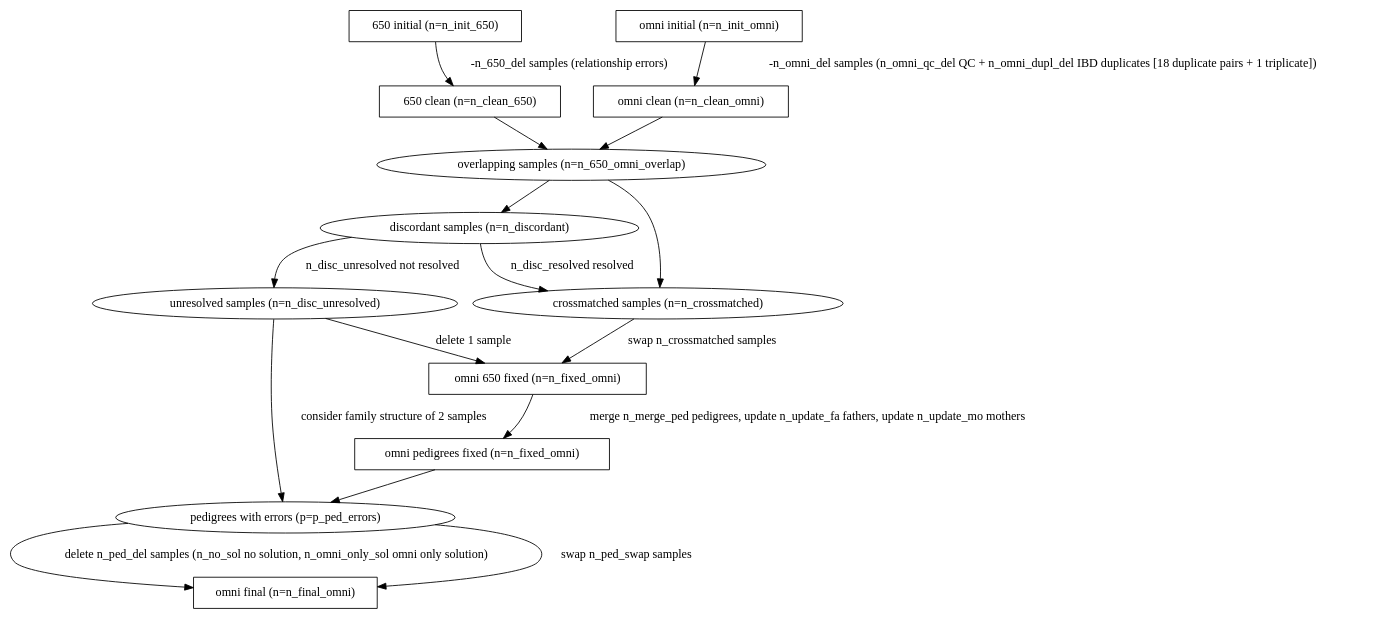
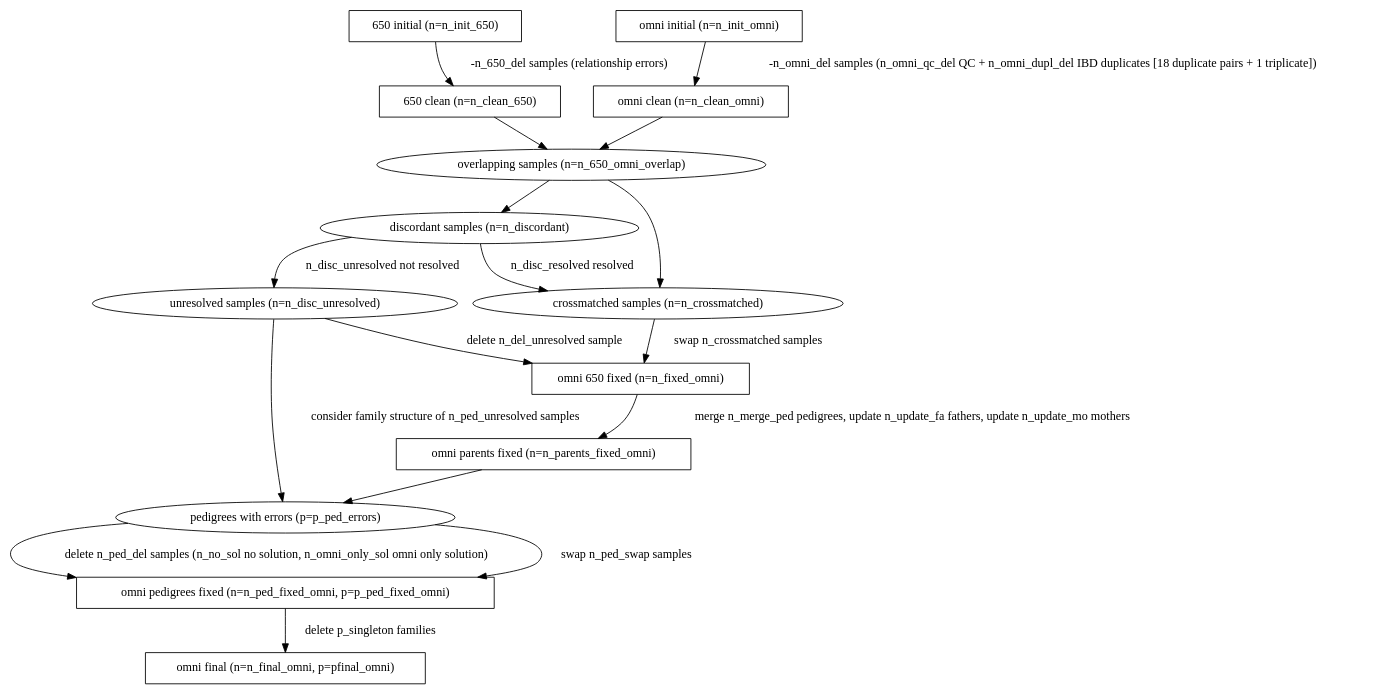
One commit to TOPMed-BAGS/sample_identity changed the diagram in doc/flow.dot. Above: the diagram before and after it, drawn with Graphviz. The commit also changed 1 other file, not shown here.

Commit message:
Comitting changes so as to show how many singleton families are removed

```diff
--- a/doc/flow.dot
+++ b/doc/flow.dot
@@ -1,32 +1,34 @@
 #!dot
 digraph {
-    INIT_SIX   [label="650 initial (n=n_init_650)", shape=box]
-    INIT_OMNI  [label="omni initial (n=n_init_omni)", shape=box]
-    CLEAN_SIX  [label="650 clean (n=n_clean_650)", shape=box]
-    CLEAN_OMNI [label="omni clean (n=n_clean_omni)", shape=box]
-    OVERLAP    [label="overlapping samples (n=n_650_omni_overlap)"]
-    DISCORDANT [label="discordant samples (n=n_discordant)"]
-    CROSSMATCH [label="crossmatched samples (n=n_crossmatched)"]
-    UNRESOLVED [label="unresolved samples (n=n_disc_unresolved)"]
-    FIXED_OMNI [label="omni 650 fixed (n=n_fixed_omni)", shape=box]
-    PED_FIXED_OMNI [label="omni pedigrees fixed (n=n_fixed_omni)", shape=box]
+    INIT_SIX       [label="650 initial (n=n_init_650)", shape=box]
+    INIT_OMNI      [label="omni initial (n=n_init_omni)", shape=box]
+    CLEAN_SIX      [label="650 clean (n=n_clean_650)", shape=box]
+    CLEAN_OMNI     [label="omni clean (n=n_clean_omni)", shape=box]
+    OVERLAP        [label="overlapping samples (n=n_650_omni_overlap)"]
+    DISCORDANT     [label="discordant samples (n=n_discordant)"]
+    CROSSMATCH     [label="crossmatched samples (n=n_crossmatched)"]
+    UNRESOLVED     [label="unresolved samples (n=n_disc_unresolved)"]
+    FIXED_OMNI     [label="omni 650 fixed (n=n_fixed_omni)", shape=box]
+    PAR_FIXED_OMNI [label="omni parents fixed (n=n_parents_fixed_omni)", shape=box]
     PED_ERRORS [label="pedigrees with errors (p=p_ped_errors)"]
-    FINAL_OMNI [label="omni final (n=n_final_omni)", shape=box]
+    PED_FIXED_OMNI [label="omni pedigrees fixed (n=n_ped_fixed_omni, p=p_ped_fixed_omni)", shape=box]
+    FINAL_OMNI     [label="omni final (n=n_final_omni, p=pfinal_omni)", shape=box]
 
     INIT_SIX       -> CLEAN_SIX [label=" -n_650_del samples (relationship errors)"];
     INIT_OMNI      -> CLEAN_OMNI [label=" -n_omni_del samples (n_omni_qc_del QC + n_omni_dupl_del IBD duplicates [18 duplicate pairs + 1 triplicate])"];
     CLEAN_SIX      -> OVERLAP;
     CLEAN_OMNI     -> OVERLAP;
     OVERLAP        -> DISCORDANT;
     OVERLAP        -> CROSSMATCH;
     DISCORDANT     -> CROSSMATCH [label=" n_disc_resolved resolved"];
     DISCORDANT     -> UNRESOLVED [label=" n_disc_unresolved not resolved"];
     CROSSMATCH     -> FIXED_OMNI [label=" swap n_crossmatched samples"];
-    UNRESOLVED     -> PED_ERRORS [label=" consider family structure of 2 samples"];
-    UNRESOLVED     -> FIXED_OMNI [label=" delete 1 sample"];
-    FIXED_OMNI     -> PED_FIXED_OMNI [label=" merge n_merge_ped pedigrees, update n_update_fa fathers, update n_update_mo mothers"];
-    PED_FIXED_OMNI -> PED_ERRORS;
-    PED_ERRORS     -> FINAL_OMNI [label=" delete n_ped_del samples (n_no_sol no solution, n_omni_only_sol omni only solution)"];
-    PED_ERRORS     -> FINAL_OMNI [label=" swap n_ped_swap samples"];
+    UNRESOLVED     -> PED_ERRORS [label=" consider family structure of n_ped_unresolved samples"];
+    UNRESOLVED     -> FIXED_OMNI [label=" delete n_del_unresolved sample"];
+    FIXED_OMNI     -> PAR_FIXED_OMNI [label=" merge n_merge_ped pedigrees, update n_update_fa fathers, update n_update_mo mothers"];
+    PAR_FIXED_OMNI -> PED_ERRORS;
+    PED_ERRORS     -> PED_FIXED_OMNI [label=" delete n_ped_del samples (n_no_sol no solution, n_omni_only_sol omni only solution)"];
+    PED_ERRORS     -> PED_FIXED_OMNI [label=" swap n_ped_swap samples"];
+    PED_FIXED_OMNI -> FINAL_OMNI [label=" delete p_singleton families"];
 
 }
```
